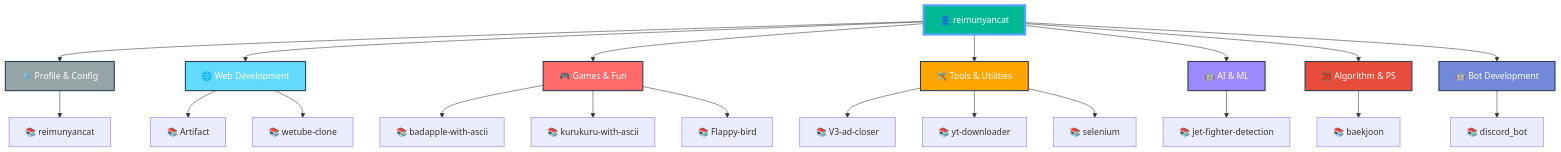
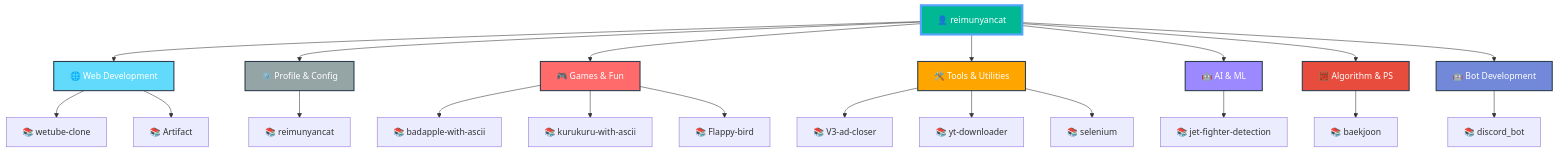
The diagram in README.md (reimunyancat/reimunyancat), drawn with Mermaid before and after one commit. The commit also changed other lines of this file, not shown here.

Commit message:
🤖 Auto-update README with latest repositories

````diff
--- a/README.md
+++ b/README.md
@@ -160,39 +160,39 @@
 ```mermaid
 graph TD
   A[👤 reimunyancat]
 
-  A --> CAT0[⚙️ Profile & Config]
-  CAT0 --> CAT0_0[📚 reimunyancat]
+  A --> CAT0[🌐 Web Development]
+  CAT0 --> CAT0_0[📚 wetube-clone]
+  CAT0 --> CAT0_1[📚 Artifact]
 
-  A --> CAT1[🌐 Web Development]
-  CAT1 --> CAT1_0[📚 Artifact]
-  CAT1 --> CAT1_1[📚 wetube-clone]
+  A --> CAT1[⚙️ Profile & Config]
+  CAT1 --> CAT1_0[📚 reimunyancat]
 
   A --> CAT2[🎮 Games & Fun]
   CAT2 --> CAT2_0[📚 badapple-with-ascii]
   CAT2 --> CAT2_1[📚 kurukuru-with-ascii]
   CAT2 --> CAT2_2[📚 Flappy-bird]
 
   A --> CAT3[🛠️ Tools & Utilities]
   CAT3 --> CAT3_0[📚 V3-ad-closer]
   CAT3 --> CAT3_1[📚 yt-downloader]
   CAT3 --> CAT3_2[📚 selenium]
 
   A --> CAT4[🤖 AI & ML]
   CAT4 --> CAT4_0[📚 jet-fighter-detection]
 
   A --> CAT5[🧮 Algorithm & PS]
   CAT5 --> CAT5_0[📚 baekjoon]
 
   A --> CAT6[🤖 Bot Development]
   CAT6 --> CAT6_0[📚 discord_bot]
 
   style A fill:#00b894,stroke:#55a3ff,stroke-width:4px,color:#fff
-  style CAT0 fill:#95a5a6,stroke:#2c3e50,stroke-width:2px,color:#fff
-  style CAT1 fill:#61dafb,stroke:#2c3e50,stroke-width:2px,color:#fff
+  style CAT0 fill:#61dafb,stroke:#2c3e50,stroke-width:2px,color:#fff
+  style CAT1 fill:#95a5a6,stroke:#2c3e50,stroke-width:2px,color:#fff
   style CAT2 fill:#ff6b6b,stroke:#2c3e50,stroke-width:2px,color:#fff
   style CAT3 fill:#ffa500,stroke:#2c3e50,stroke-width:2px,color:#fff
   style CAT4 fill:#9c88ff,stroke:#2c3e50,stroke-width:2px,color:#fff
   style CAT5 fill:#e74c3c,stroke:#2c3e50,stroke-width:2px,color:#fff
   style CAT6 fill:#7289da,stroke:#2c3e50,stroke-width:2px,color:#fff
 ```
````
